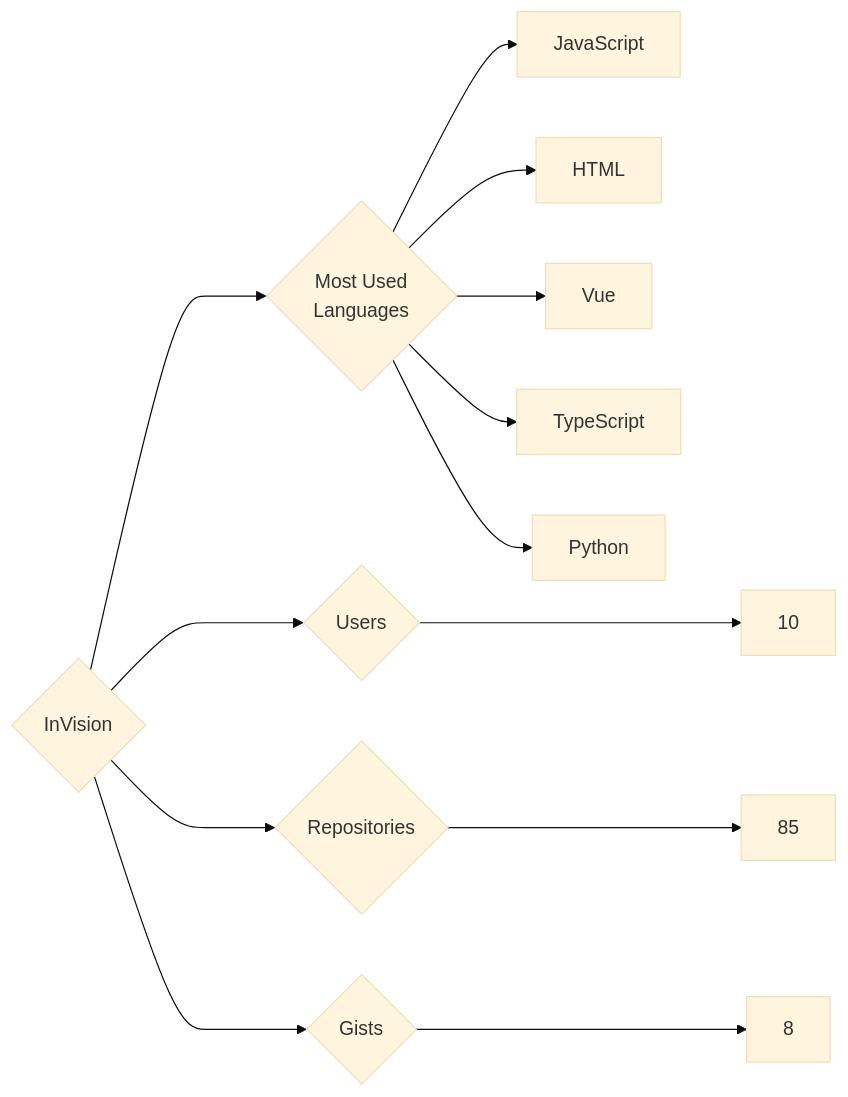
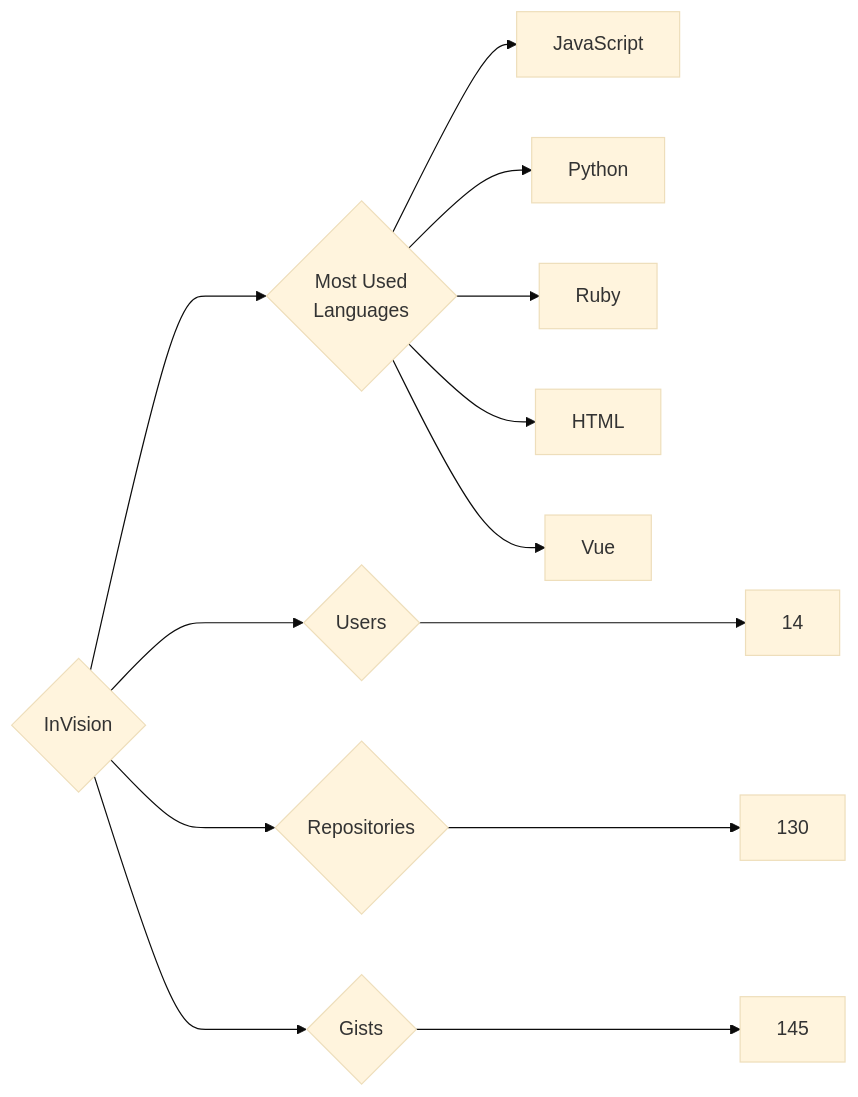
One commit to trickest/insiders changed the diagram in targets/InVision/README.md. Above: the diagram before and after it, drawn with Mermaid (base theme). The commit also changed 932 other files, not shown here.

````diff
--- a/targets/InVision/README.md
+++ b/targets/InVision/README.md
@@ -3,13 +3,13 @@
 ```mermaid
 graph LR
 COMPANY_NAME{InVision}
-COMPANY_NAME ---> U{Users} ---> UN[10]
-COMPANY_NAME ---> R{Repositories} ---> RN[85]
-COMPANY_NAME ---> G{Gists} ---> GN[8]
+COMPANY_NAME ---> U{Users} ---> UN[14]
+COMPANY_NAME ---> R{Repositories} ---> RN[130]
+COMPANY_NAME ---> G{Gists} ---> GN[145]
 COMPANY_NAME ---> ML{Most Used<br>Languages}
 ML --> JavaScript[JavaScript]
+ML --> Python[Python]
+ML --> Ruby[Ruby]
 ML --> HTML[HTML]
 ML --> Vue[Vue]
-ML --> TypeScript[TypeScript]
-ML --> Python[Python]
 ```
````
